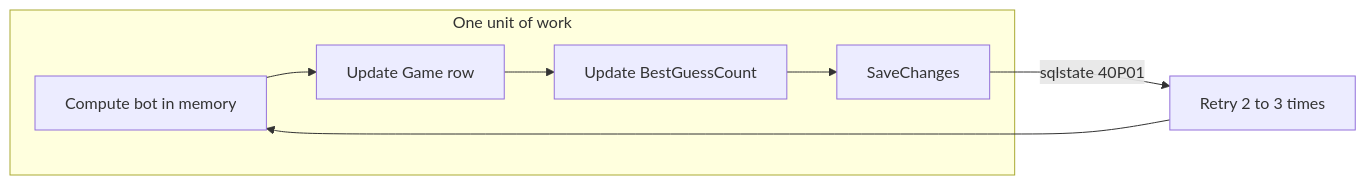
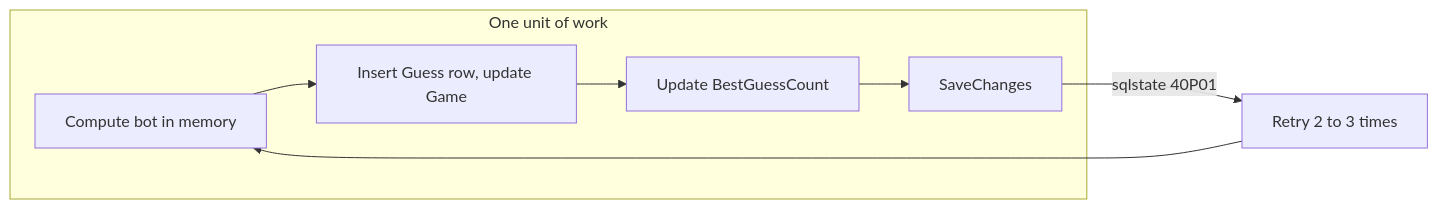
One commit to MostafaMonib/AbpGuessGame changed diagram 20 of 23 in DOCUMENTATION.md. Above: the diagram before and after it, drawn with Mermaid. The commit also changed other lines of this file and 288 other files, not shown here.

````diff
--- a/DOCUMENTATION.md
+++ b/DOCUMENTATION.md
@@ -997,12 +1054,12 @@
 ```mermaid
 flowchart LR
   subgraph Tx["One unit of work"]
     B[Compute bot in memory]
-    G[Update Game row]
+    G[Insert Guess row, update Game]
     U[Update BestGuessCount]
     S[SaveChanges]
     B --> G --> U --> S
   end
   S -->|sqlstate 40P01| R[Retry 2 to 3 times]
   R --> B
 ```
````
